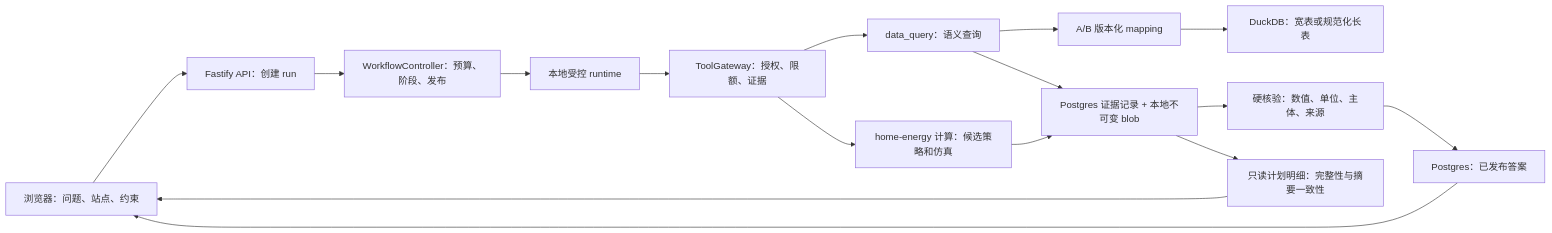
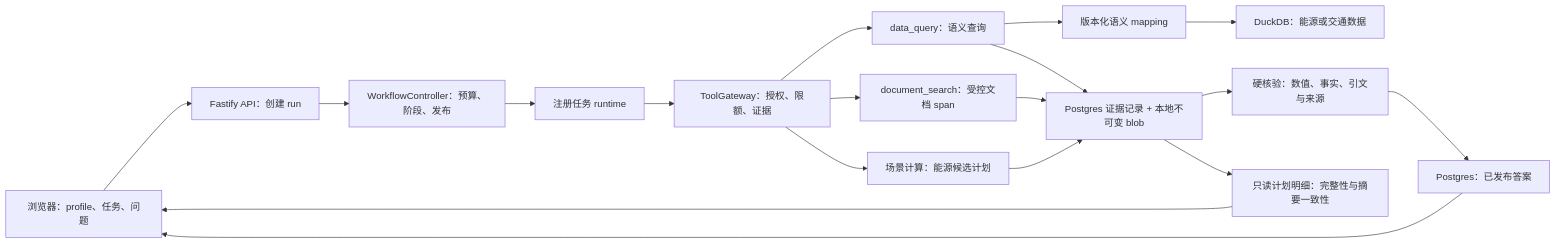
Before and after one commit to Yijtu/ontology: the diagram in README.md, drawn with Mermaid. The commit also changed other lines of this file and 43 other files, not shown here.

````diff
--- a/README.md
+++ b/README.md
@@ -97,18 +122,20 @@
 ```mermaid
 flowchart LR
-  UI[浏览器：问题、站点、约束] --> API[Fastify API：创建 run]
+  UI[浏览器：profile、任务、问题] --> API[Fastify API：创建 run]
   API --> CTRL[WorkflowController：预算、阶段、发布]
-  CTRL --> RT[本地受控 runtime]
+  CTRL --> RT[注册任务 runtime]
   RT --> GW[ToolGateway：授权、限额、证据]
   GW --> Q[data_query：语义查询]
-  Q --> MAP[A/B 版本化 mapping]
-  MAP --> DB[DuckDB：宽表或规范化长表]
-  GW --> C[home-energy 计算：候选策略和仿真]
+  Q --> MAP[版本化语义 mapping]
+  MAP --> DB[DuckDB：能源或交通数据]
+  GW --> D[document_search：受控文档 span]
+  GW --> C[场景计算：能源候选计划]
   Q --> EV[Postgres 证据记录 + 本地不可变 blob]
+  D --> EV
   C --> EV
-  EV --> VERIFY[硬核验：数值、单位、主体、来源]
+  EV --> VERIFY[硬核验：数值、事实、引文与来源]
   VERIFY --> ANSWER[Postgres：已发布答案]
   ANSWER --> UI
   EV --> DETAIL[只读计划明细：完整性与摘要一致性]
   DETAIL --> UI
 ```
````
